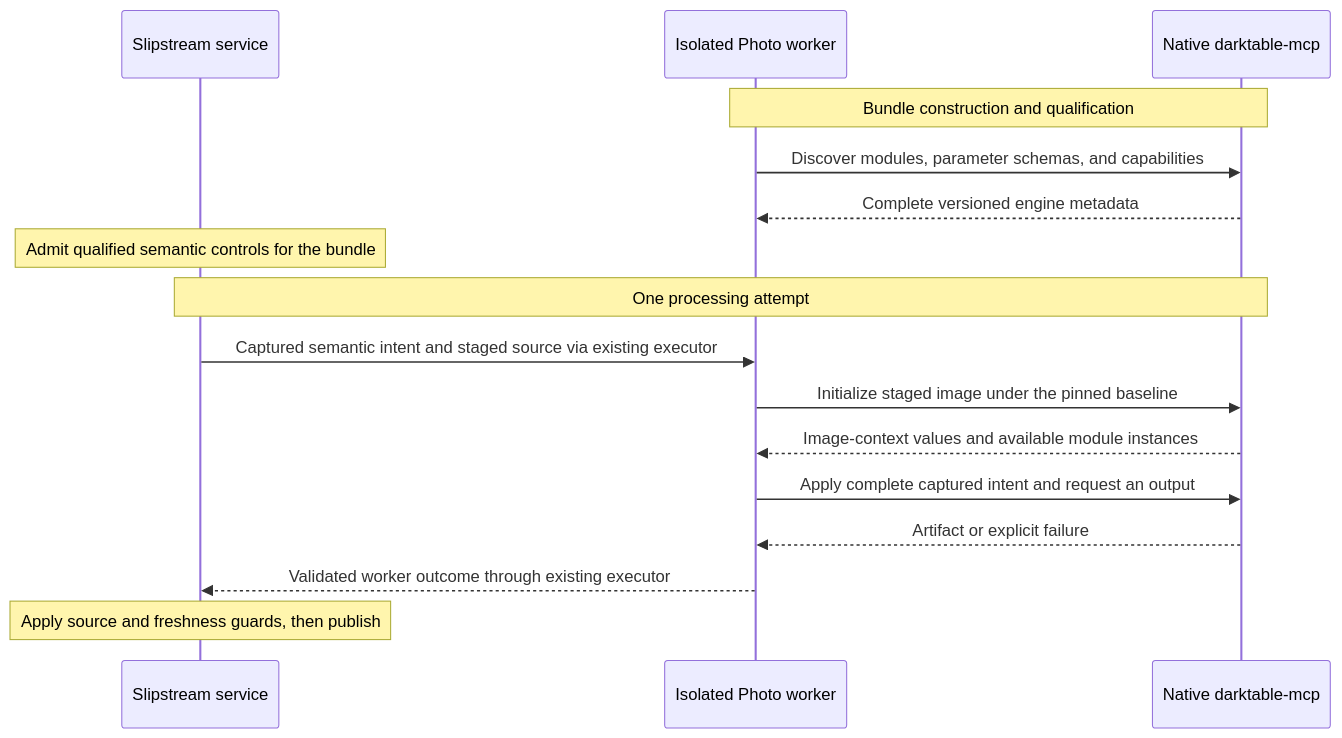
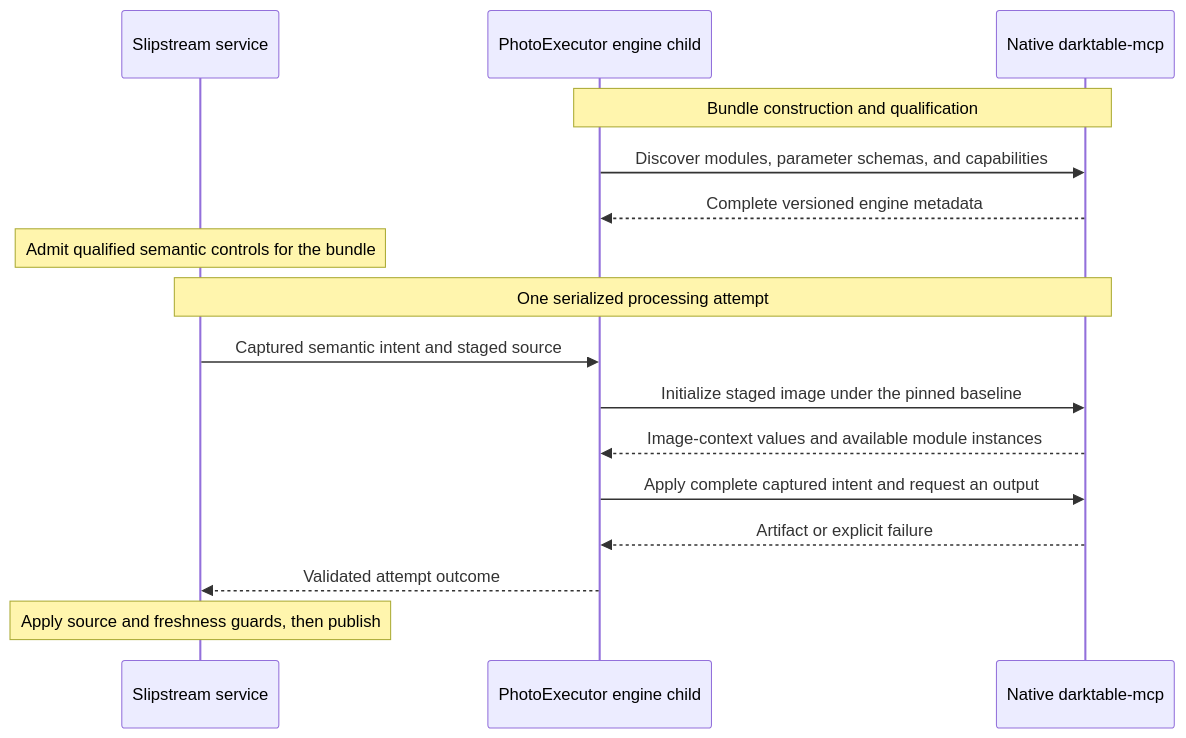
Before and after one commit to suraciii/slipstream: the diagram in design/darktable-integration.md, drawn with Mermaid. The commit also changed other lines of this file and 124 other files, not shown here.

````diff
--- a/design/darktable-integration.md
+++ b/design/darktable-integration.md
@@ -53,18 +55,18 @@
 ```mermaid
 sequenceDiagram
     participant S as Slipstream service
-    participant W as Isolated Photo worker
+    participant E as PhotoExecutor engine child
     participant D as Native darktable-mcp
-    Note over W,D: Bundle construction and qualification
-    W->>D: Discover modules, parameter schemas, and capabilities
-    D-->>W: Complete versioned engine metadata
+    Note over E,D: Bundle construction and qualification
+    E->>D: Discover modules, parameter schemas, and capabilities
+    D-->>E: Complete versioned engine metadata
     Note over S: Admit qualified semantic controls for the bundle
-    Note over S,D: One processing attempt
-    S->>W: Captured semantic intent and staged source via existing executor
-    W->>D: Initialize staged image under the pinned baseline
-    D-->>W: Image-context values and available module instances
-    W->>D: Apply complete captured intent and request an output
-    D-->>W: Artifact or explicit failure
-    W-->>S: Validated worker outcome through existing executor
+    Note over S,D: One serialized processing attempt
+    S->>E: Captured semantic intent and staged source
+    E->>D: Initialize staged image under the pinned baseline
+    D-->>E: Image-context values and available module instances
+    E->>D: Apply complete captured intent and request an output
+    D-->>E: Artifact or explicit failure
+    E-->>S: Validated attempt outcome
     Note over S: Apply source and freshness guards, then publish
 ```
````
